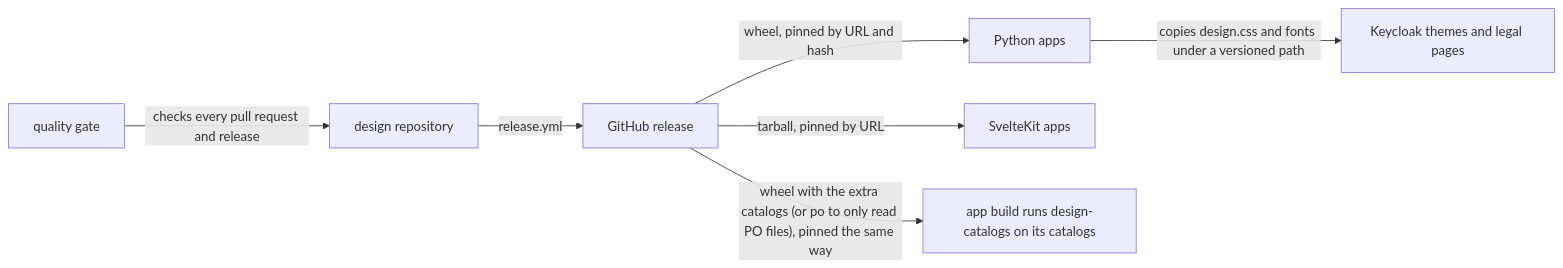
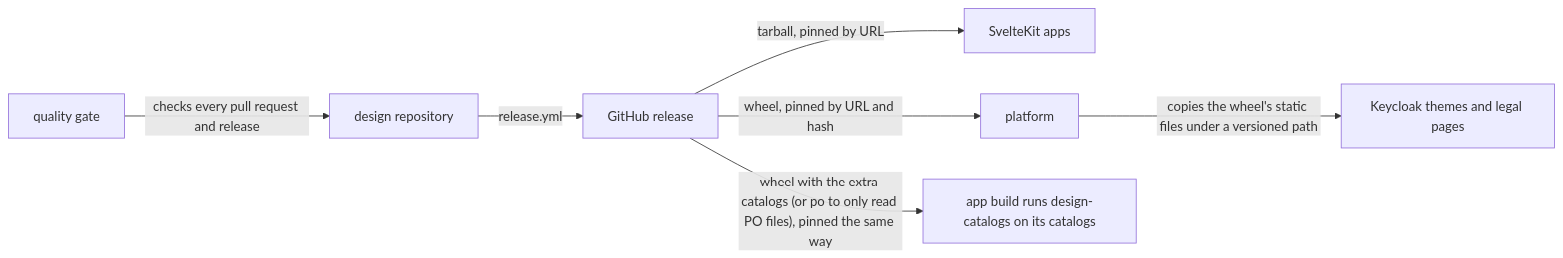
Before and after one commit to overnightworks/design: the first of 3 diagrams in docs/ARCHITECTURE.md, drawn with Mermaid. The commit also changed other lines of this file and 4 other files, not shown here.

First line of the commit message:
Bring README and ARCHITECTURE within budget, one owner per fact (#273)

````diff
--- a/docs/ARCHITECTURE.md
+++ b/docs/ARCHITECTURE.md
@@ -14,15 +16,15 @@
 ```mermaid
 flowchart LR
   design[design repository]
   gate[quality gate]
   release[GitHub release]
-  py[Python apps]
   kit[SvelteKit apps]
+  platform[platform]
   kc[Keycloak themes and legal pages]
   gate -- checks every pull request and release --> design
   design -- release.yml --> release
-  release -- wheel, pinned by URL and hash --> py
   release -- tarball, pinned by URL --> kit
   release -- wheel with the extra catalogs (or po to only read PO files), pinned the same way --> build[app build runs design-catalogs on its catalogs]
-  py -- copies design.css and fonts under a versioned path --> kc
+  release -- wheel, pinned by URL and hash --> platform
+  platform -- copies the wheel's static files under a versioned path --> kc
 ```
````
